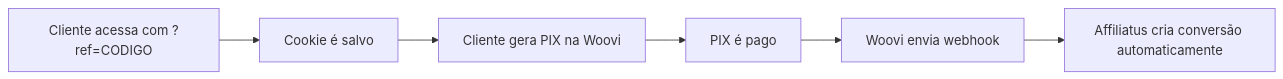
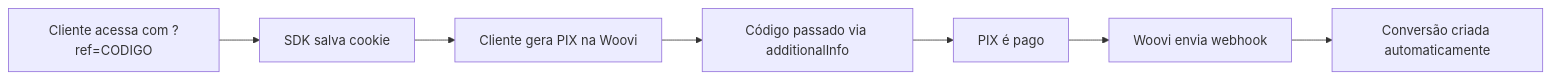
The diagram in integrations/woovi.mdx (bgabraga2/affiliatus-docs), drawn with Mermaid before and after one commit. The commit also changed other lines of this file and 8 other files, not shown here.

````diff
--- a/integrations/woovi.mdx
+++ b/integrations/woovi.mdx
@@ -20,8 +25,9 @@
 ```mermaid
 graph LR
-    A[Cliente acessa com ?ref=CODIGO] --> B[Cookie é salvo]
+    A[Cliente acessa com ?ref=CODIGO] --> B[SDK salva cookie]
     B --> C[Cliente gera PIX na Woovi]
-    C --> D[PIX é pago]
-    D --> E[Woovi envia webhook]
-    E --> F[Affiliatus cria conversão automaticamente]
+    C --> D[Código passado via additionalInfo]
+    D --> E[PIX é pago]
+    E --> F[Woovi envia webhook]
+    F --> G[Conversão criada automaticamente]
 ```
````
